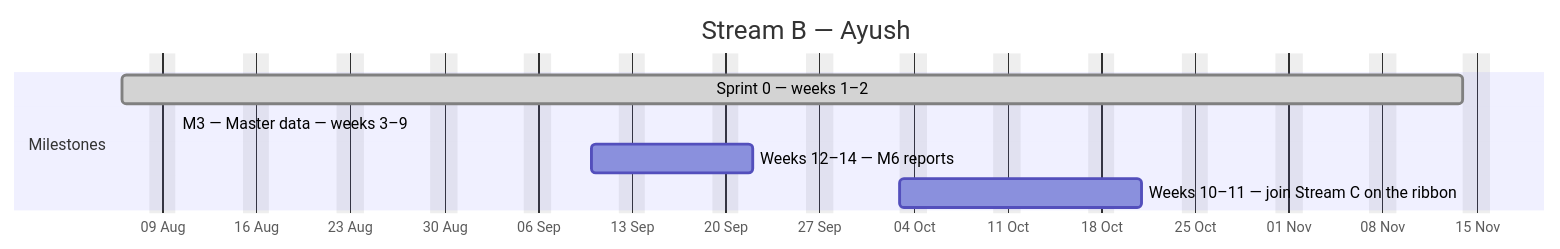
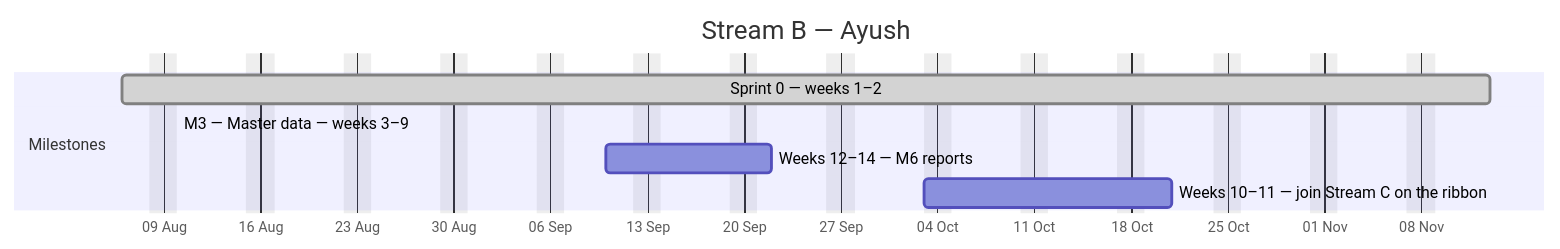
Before and after one commit to debashisedunext/EduTrack: the second of 4 diagrams in docs/plan/GANTT.md, drawn with Mermaid. The commit also changed other lines of this file and 2 other files, not shown here.

````diff
--- a/docs/plan/GANTT.md
+++ b/docs/plan/GANTT.md
@@ -132,12 +133,12 @@
 ```mermaid
 gantt
     dateFormat YYYY-MM-DD
     axisFormat %d %b
     title Stream B — Ayush
     excludes weekends
     section Milestones
-    Sprint 0 — weeks 1–2 :done, b0, 2026-08-06, 72d
-    M3 — Master data — weeks 3–9 :active, b1, 2026-08-10, -21d
+    Sprint 0 — weeks 1–2 :done, b0, 2026-08-06, 71d
+    M3 — Master data — weeks 3–9 :active, b1, 2026-08-10, -20d
     Weeks 12–14 — M6 reports :b2, 2026-09-10, 8d
     Weeks 10–11 — join Stream C on the ribbon :b3, 2026-10-03, 13d
 ```
````
